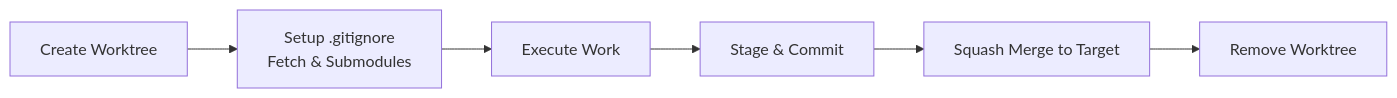
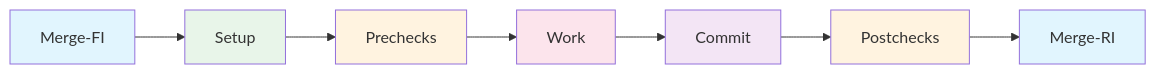
One commit to JeromySt/vscode-copilot-orchestrator changed the tenth of 13 diagrams in docs/ARCHITECTURE.md. Above: the diagram before and after it, drawn with Mermaid. The commit also changed other lines of this file and 184 other files, not shown here.

````diff
--- a/docs/ARCHITECTURE.md
+++ b/docs/ARCHITECTURE.md
@@ -548,8 +616,17 @@
 ```mermaid
 graph LR
-    CREATE[Create Worktree] --> SETUP[Setup .gitignore<br/>Fetch & Submodules]
-    SETUP --> EXECUTE[Execute Work]
-    EXECUTE --> COMMIT[Stage & Commit]
-    COMMIT --> MERGE[Squash Merge to Target]
-    MERGE --> CLEANUP[Remove Worktree]
+    MFI[Merge-FI] --> SETUP[Setup]
+    SETUP --> PRE[Prechecks]
+    PRE --> WORK[Work]
+    WORK --> COMMIT[Commit]
+    COMMIT --> POST[Postchecks]
+    POST --> MRI[Merge-RI]
+
+    style MFI fill:#e1f5fe
+    style SETUP fill:#e8f5e9
+    style PRE fill:#fff3e0
+    style WORK fill:#fce4ec
+    style COMMIT fill:#f3e5f5
+    style POST fill:#fff3e0
+    style MRI fill:#e1f5fe
 ```
````
